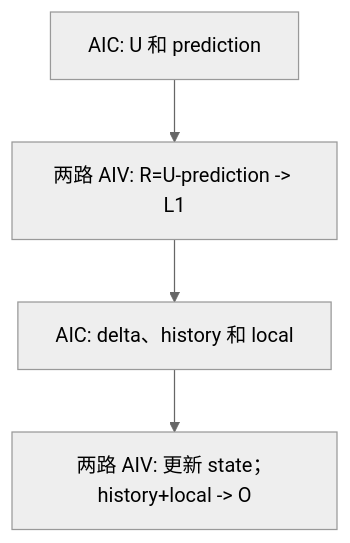
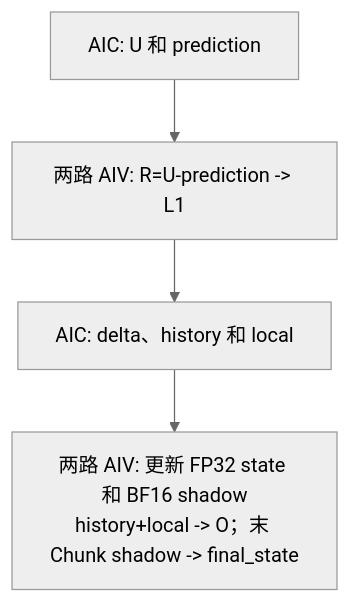
The third of 3 diagrams in Samples/2_Performance/kimi_delta_attn_lite_story/src/v1/README.md (hicann/cann-samples), drawn with Mermaid (neutral theme) before and after one commit. The commit also changed other lines of this file and 71 other files, not shown here.

````diff
--- a/Samples/2_Performance/kimi_delta_attn_lite_story/src/v1/README.md
+++ b/Samples/2_Performance/kimi_delta_attn_lite_story/src/v1/README.md
@@ -206,8 +208,8 @@
 ```mermaid
 flowchart TB
     C1["AIC: U 和 prediction"]
     V1["两路 AIV: R=U-prediction -> L1"]
     C2["AIC: delta、history 和 local"]
-    V2["两路 AIV: 更新 state；history+local -> O"]
+    V2["两路 AIV: 更新 FP32 state 和 BF16 shadow<br/>history+local -> O；末 Chunk shadow -> final_state"]
     C1 --> V1 --> C2 --> V2
 ```
````
